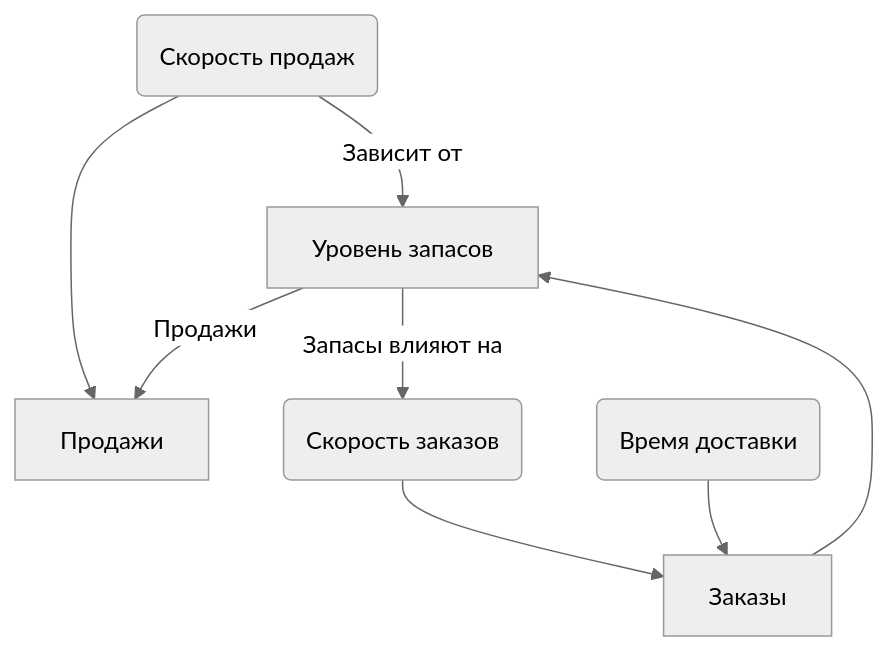
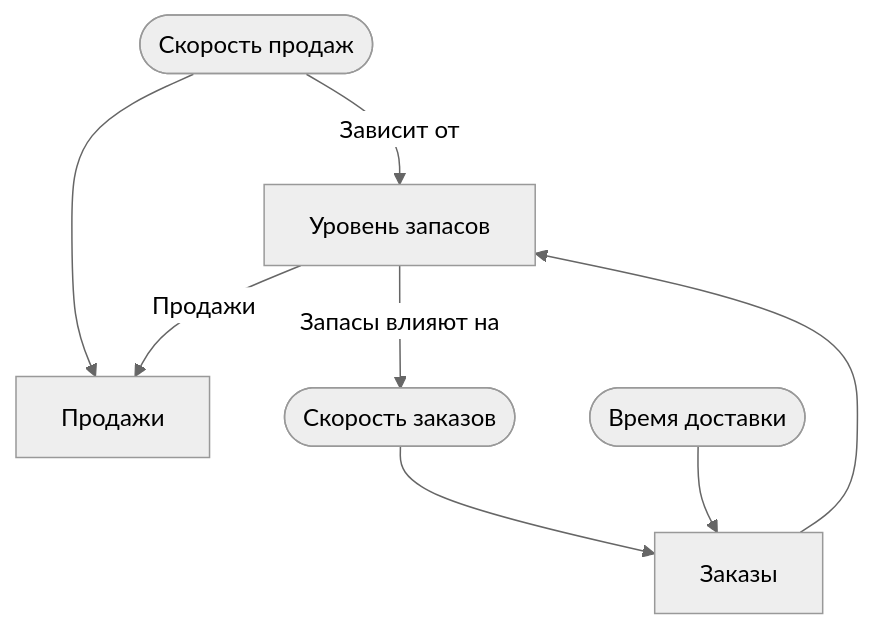
Before and after one commit to sta-zot/PIS: the eighth of 13 diagrams in РГРТУ/МиКМ/README.md, drawn with Mermaid (neutral theme).

Commit message:
Обновлена модель системной динамики для управления запасами в магазине

````diff
--- a/РГРТУ/МиКМ/README.md
+++ b/РГРТУ/МиКМ/README.md
@@ -1137,10 +1137,10 @@
 ```mermaid
 graph TD;
   stock[Уровень запасов] -->|Продажи| outflow[Продажи];
   inflow[Заказы] --> stock;
-  sales_rate(Скорость продаж) --> outflow;
-  order_rate(Скорость заказов) --> inflow;
+  sales_rate([Скорость продаж]) --> outflow;
+  order_rate([Скорость заказов]) --> inflow;
   stock -->|Запасы влияют на| order_rate;
-  time_delay(Время доставки) --> inflow;
+  time_delay([Время доставки]) --> inflow;
   sales_rate -->|Зависит от| stock;
 ```
````
